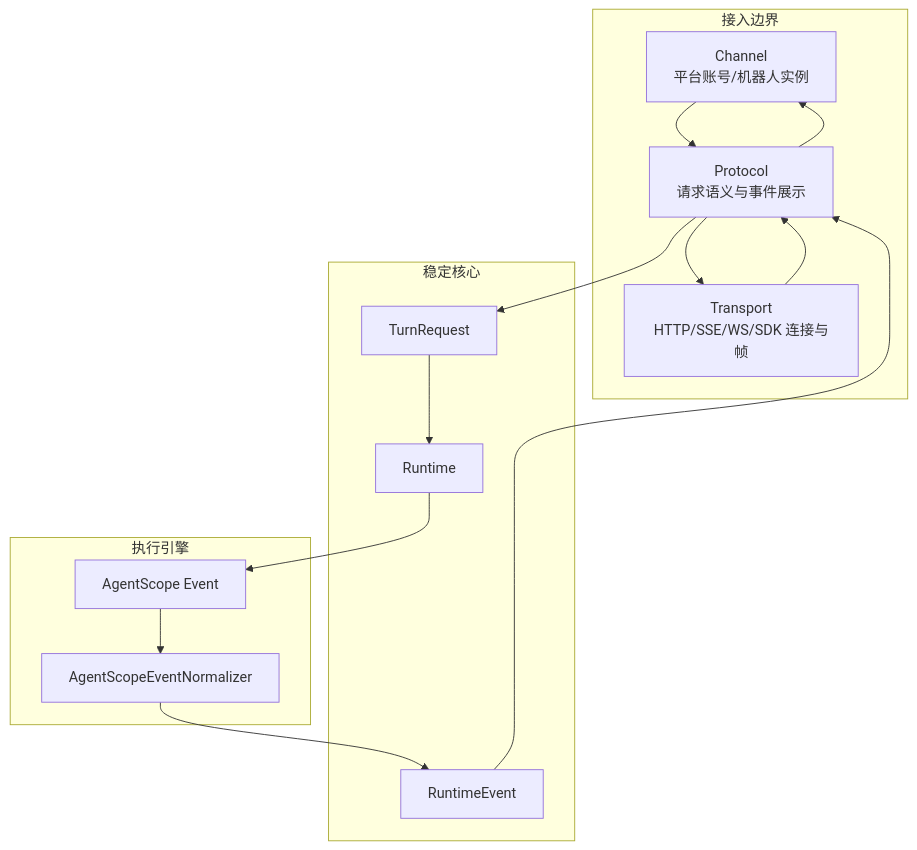
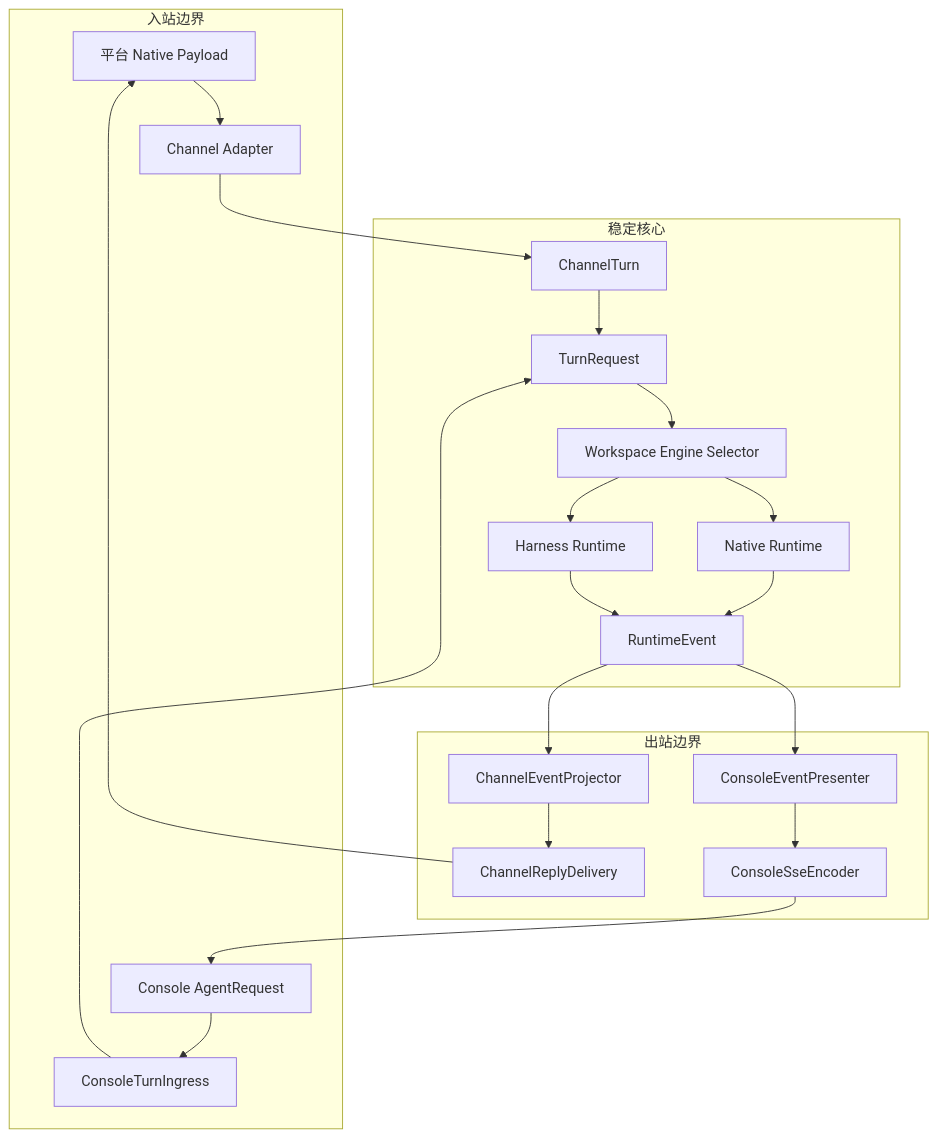
Before and after one commit to zhijianma/CoPaw: the second of 5 diagrams in docs/design/channel-agent-runtime-v5.md, drawn with Mermaid. The commit also changed other lines of this file and 80 other files, not shown here.

Commit message:
refactor: remove legacy channel runtime bridges

````diff
--- a/docs/design/channel-agent-runtime-v5.md
+++ b/docs/design/channel-agent-runtime-v5.md
@@ -97,27 +54,33 @@
 ```mermaid
 flowchart TB
-    subgraph Edge[接入边界]
-        C[Channel<br/>平台账号/机器人实例]
-        T[Transport<br/>HTTP/SSE/WS/SDK 连接与帧]
-        P[Protocol<br/>请求语义与事件展示]
+    subgraph Ingress[入站边界]
+        NP[平台 Native Payload]
+        CAR[Console AgentRequest]
+        CA[Channel Adapter]
+        CI[ConsoleTurnIngress]
     end
+
     subgraph Core[稳定核心]
+        CT[ChannelTurn]
         TR[TurnRequest]
-        R[Runtime]
+        WS[Workspace Engine Selector]
+        NR[Native Runtime]
+        HR[Harness Runtime]
         RE[RuntimeEvent]
     end
-    subgraph Engine[执行引擎]
-        AS[AgentScope Event]
-        N[AgentScopeEventNormalizer]
+
+    subgraph Egress[出站边界]
+        CP[ChannelEventProjector]
+        RD[ChannelReplyDelivery]
+        CEP[ConsoleEventPresenter]
+        SSE[ConsoleSseEncoder]
     end
-    C --> P
-    T --> P
-    P --> TR
-    TR --> R
-    R --> AS
-    AS --> N
-    N --> RE
-    RE --> P
-    P --> C
-    P --> T
+
+    NP --> CA --> CT --> TR
+    CAR --> CI --> TR
+    TR --> WS
+    WS --> NR --> RE
+    WS --> HR --> RE
+    RE --> CP --> RD --> NP
+    RE --> CEP --> SSE --> CAR
 ```
````
